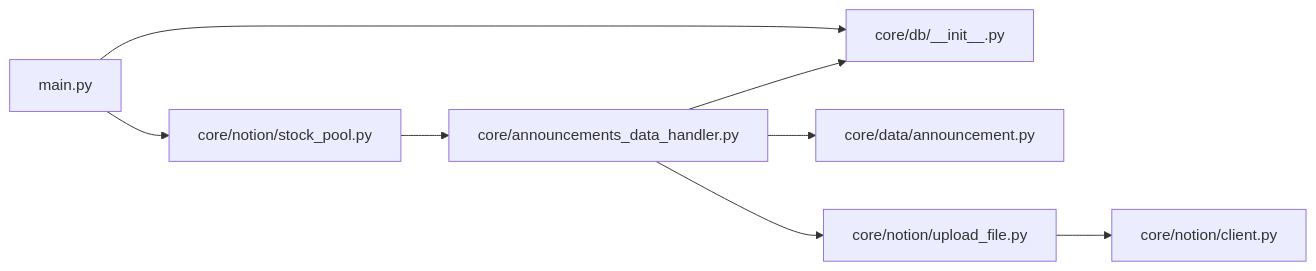
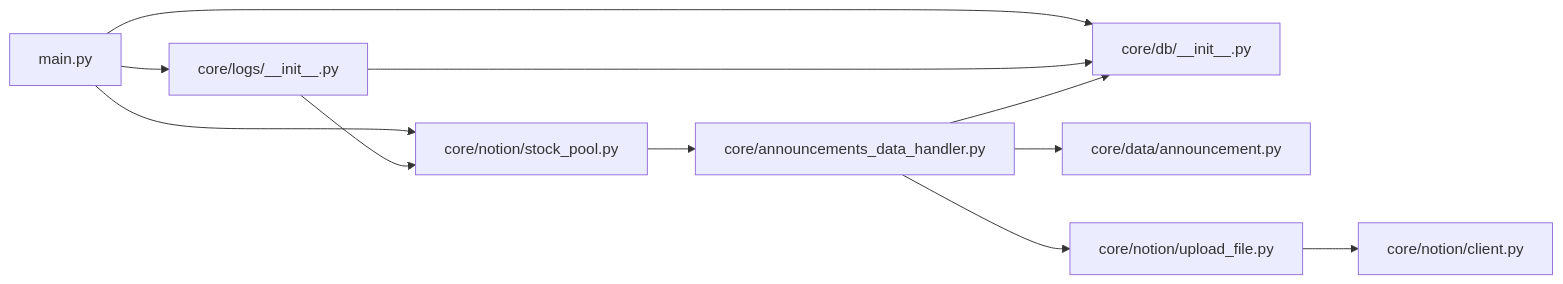
Before and after one commit to iverwong/DataLife: the fourth of 4 diagrams in .qoder/repowiki/zh/content/部署配置/监控与日志.md, drawn with Mermaid. The commit also changed other lines of this file and 6 other files, not shown here.

````diff
--- a/.qoder/repowiki/zh/content/部署配置/监控与日志.md
+++ b/.qoder/repowiki/zh/content/部署配置/监控与日志.md
@@ -257,10 +367,13 @@
 ```mermaid
 graph LR
-M["main.py"] --> DB["core/db/__init__.py"]
+M["main.py"] --> L["core/logs/__init__.py"]
+M --> DB["core/db/__init__.py"]
 M --> SP["core/notion/stock_pool.py"]
+L --> DB
+L --> SP
 SP --> ADH["core/announcements_data_handler.py"]
 ADH --> ANN["core/data/announcement.py"]
 ADH --> UF["core/notion/upload_file.py"]
 UF --> NC["core/notion/client.py"]
 ADH --> DB
 ```
````
